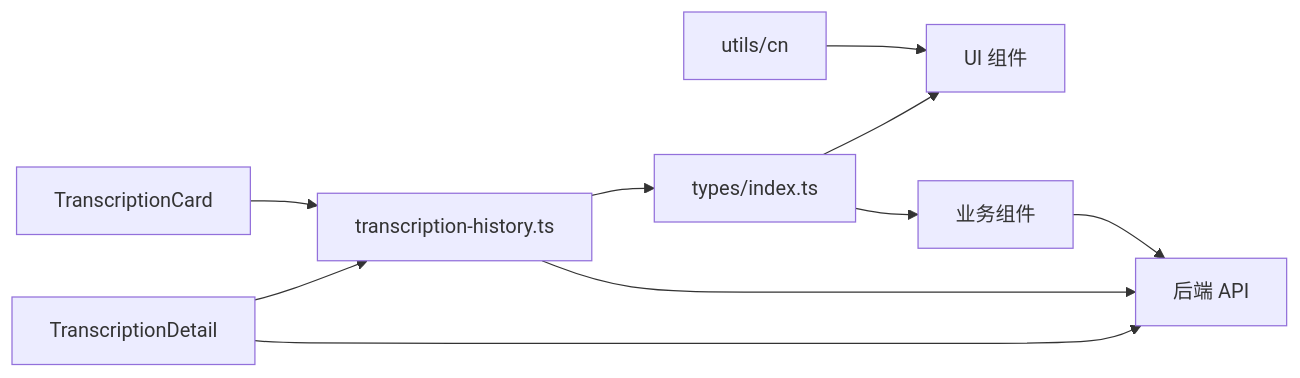
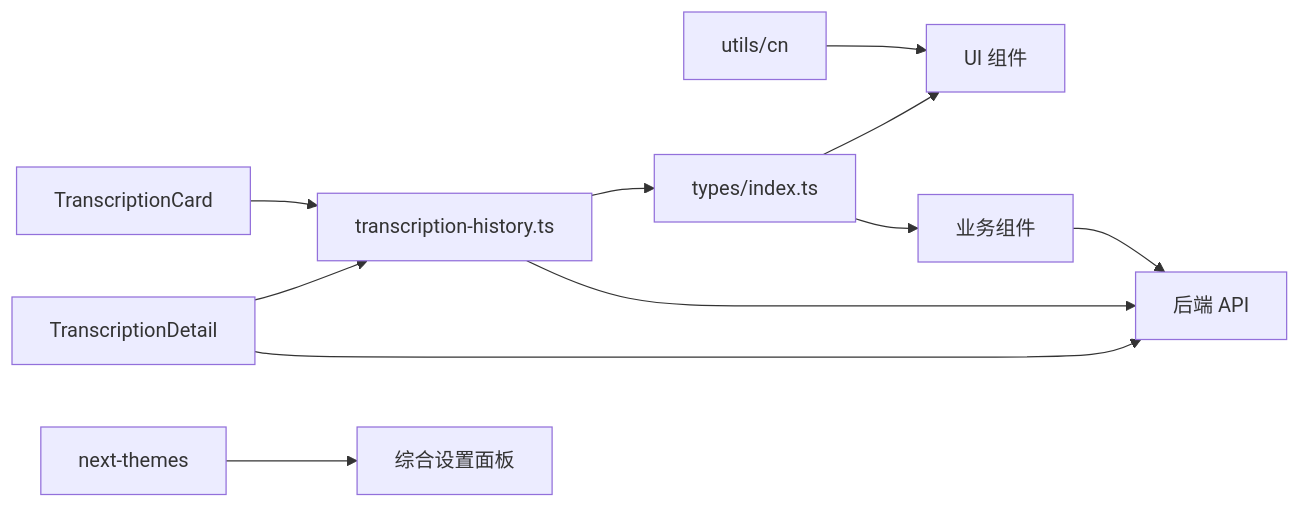
Before and after one commit to clawbotai/memo-flow: diagram 17 of 17 in .qoder/repowiki/zh/content/UI 组件系统/UI 组件系统.md, drawn with Mermaid. The commit also changed other lines of this file and 14 other files, not shown here.

````diff
--- a/.qoder/repowiki/zh/content/UI 组件系统/UI 组件系统.md
+++ b/.qoder/repowiki/zh/content/UI 组件系统/UI 组件系统.md
@@ -804,12 +835,13 @@
 ```mermaid
 graph LR
 Utils["utils/cn"] --> UI["UI 组件"]
 Types["types/index.ts"] --> UI
 Types --> Biz["业务组件"]
 Biz --> APIs["后端 API"]
 HistoryLib["transcription-history.ts"] --> Types
 HistoryLib --> APIs
 TranscriptionCard --> HistoryLib
 TranscriptionDetail --> HistoryLib
 TranscriptionDetail --> APIs
+ThemeProvider["next-themes"] --> WhisperSettings["综合设置面板"]
 ```
````
